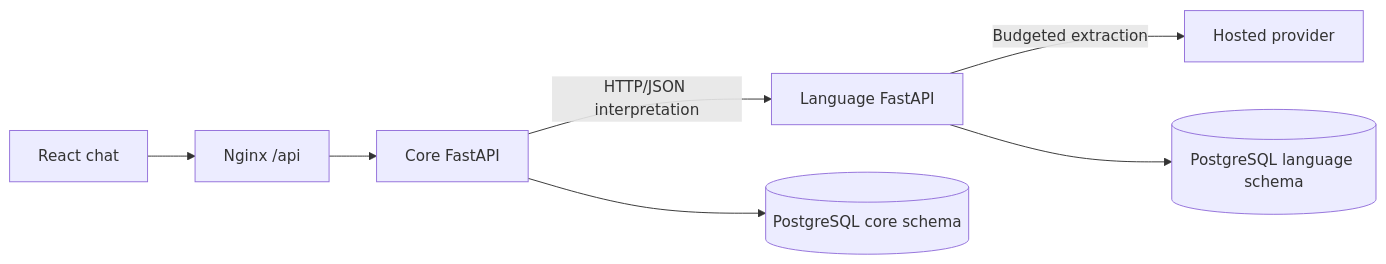
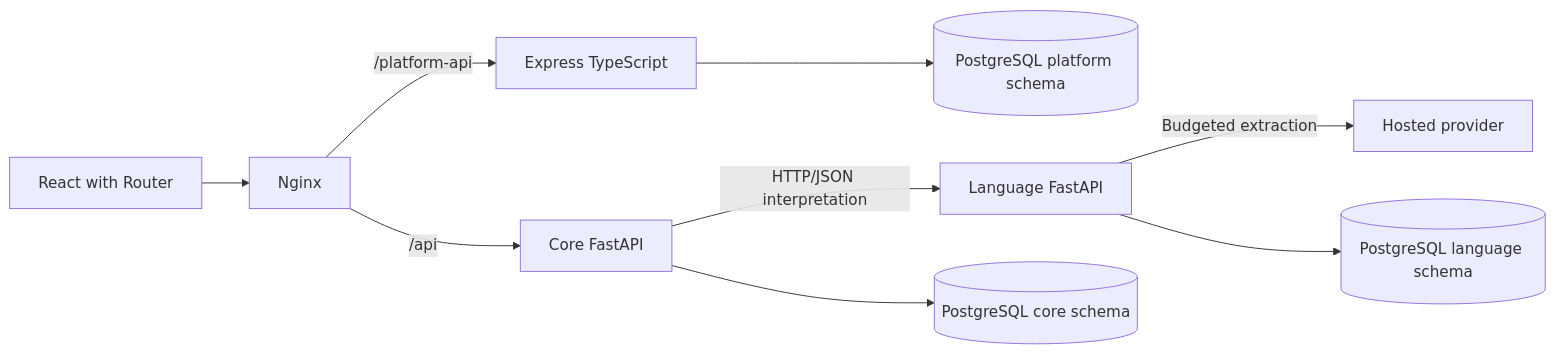
The diagram in docs/architecture/overview.md (reda-alilou/pharmacy-assistant), drawn with Mermaid before and after one commit. The commit also changed other lines of this file and 105 other files, not shown here.

````diff
--- a/docs/architecture/overview.md
+++ b/docs/architecture/overview.md
@@ -9,9 +28,11 @@
 ```mermaid
 flowchart LR
-    Browser[React chat] --> Gateway[Nginx /api]
-    Gateway --> Core[Core FastAPI]
+    Browser[React with Router] --> Gateway[Nginx]
+    Gateway -->|/platform-api| Platform[Express TypeScript]
+    Platform --> PlatformSchema[(PostgreSQL platform schema)]
+    Gateway -->|/api| Core[Core FastAPI]
     Core -->|HTTP/JSON interpretation| Language[Language FastAPI]
     Language -->|Budgeted extraction| Hosted[Hosted provider]
     Core --> CoreSchema[(PostgreSQL core schema)]
     Language --> LanguageSchema[(PostgreSQL language schema)]
 ```
````
